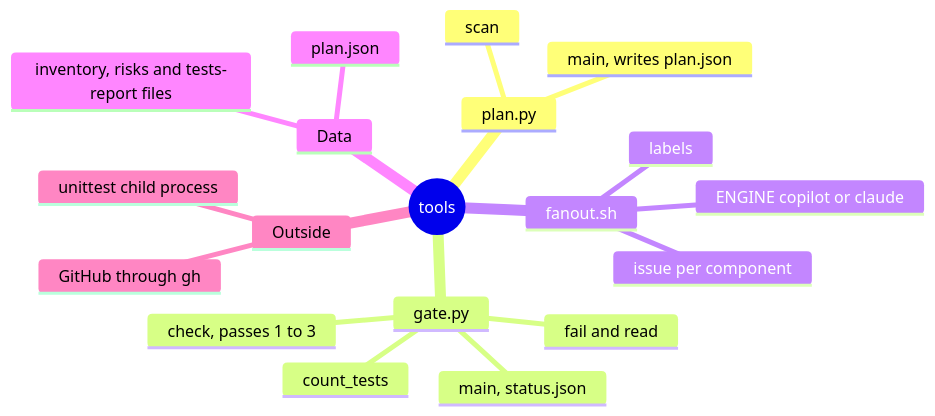
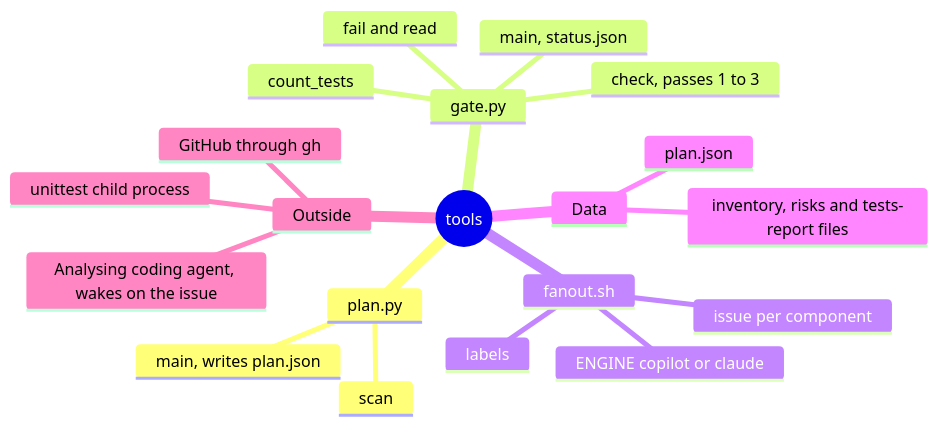
The fourth of 4 diagrams in bible/00-mind-map.md (vishalc412/copilot-fanout-lab), drawn with Mermaid before and after one commit. The commit also changed other lines of this file and 30 other files, not shown here.

````diff
--- a/bible/00-mind-map.md
+++ b/bible/00-mind-map.md
@@ -94,22 +96,23 @@
 ```mermaid
 mindmap
   root((tools))
     plan.py
       scan
       main, writes plan.json
     gate.py
       check, passes 1 to 3
       main, status.json
       count_tests
       fail and read
     fanout.sh
       labels
       issue per component
       ENGINE copilot or claude
     Data
       plan.json
       inventory, risks and tests-report files
     Outside
       GitHub through gh
+      Analysing coding agent, wakes on the issue
       unittest child process
 ```
````
